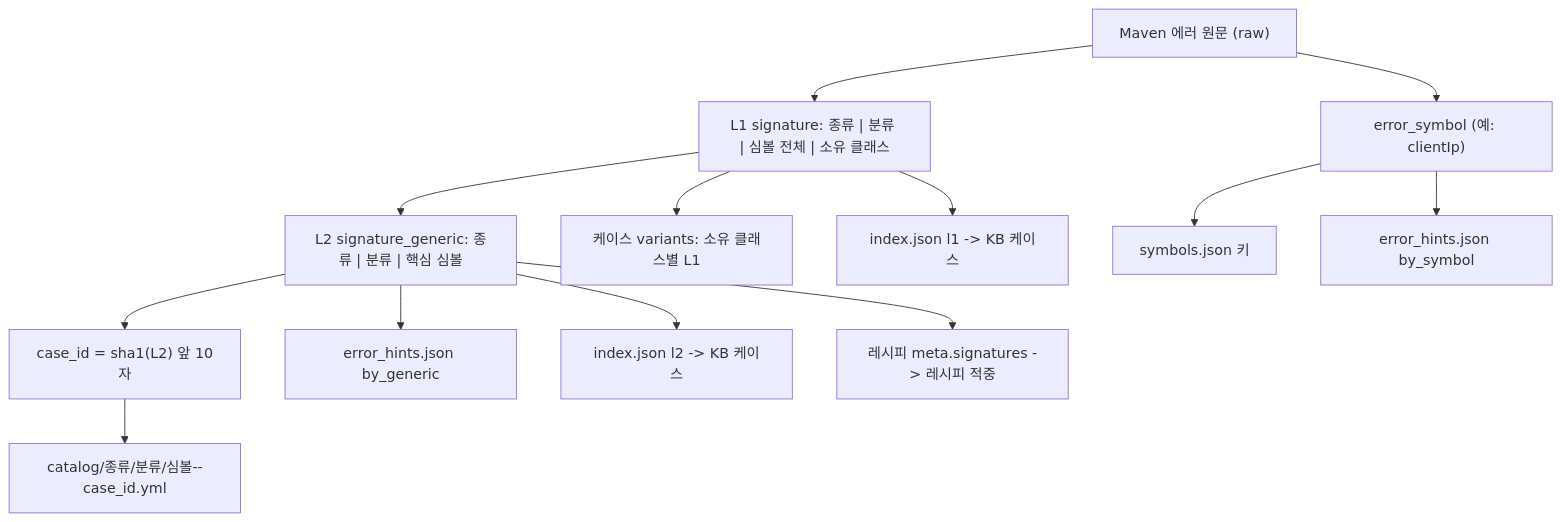
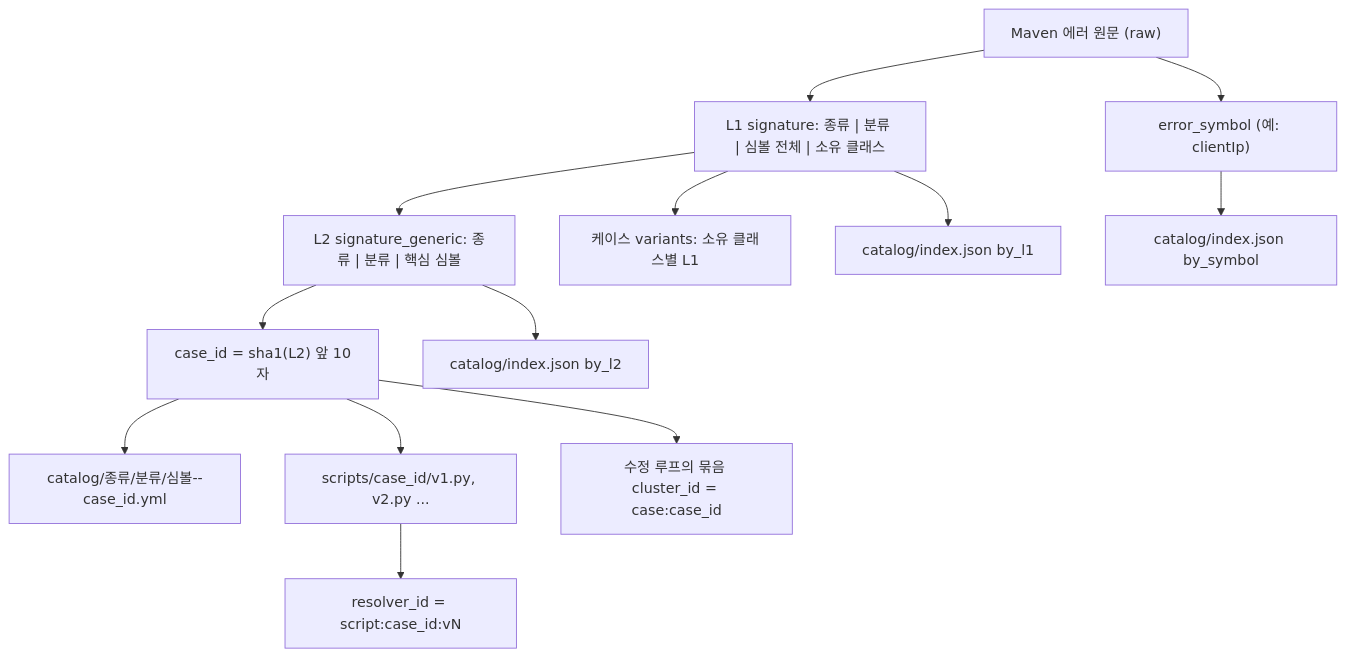
The fifth of 7 diagrams in docs/kb-map/kb-map.md (acandiatale/tutu), drawn with Mermaid before and after one commit. The commit also changed other lines of this file and 3 other files, not shown here.

````diff
--- a/docs/kb-map/kb-map.md
+++ b/docs/kb-map/kb-map.md
@@ -314,15 +362,15 @@
 ```mermaid
 flowchart TD
   RAW["Maven 에러 원문 (raw)"] --> L1["L1 signature: 종류 | 분류 | 심볼 전체 | 소유 클래스"]
   L1 --> L2["L2 signature_generic: 종류 | 분류 | 핵심 심볼"]
   L2 --> CID["case_id = sha1(L2) 앞 10자"]
   CID --> FILE["catalog/종류/분류/심볼--case_id.yml"]
+  CID --> SDIR["scripts/case_id/v1.py, v2.py ..."]
+  CID --> CL["수정 루프의 묶음 cluster_id = case:case_id"]
+  SDIR --> RES["resolver_id = script:case_id:vN"]
   L1 --> VAR["케이스 variants: 소유 클래스별 L1"]
+  L1 --> IDX1["catalog/index.json by_l1"]
+  L2 --> IDX2["catalog/index.json by_l2"]
   RAW --> SYM["error_symbol (예: clientIp)"]
-  SYM --> SIDX["symbols.json 키"]
-  SYM --> HS["error_hints.json by_symbol"]
-  L2 --> HG["error_hints.json by_generic"]
-  L1 --> IDX1["index.json l1 -> KB 케이스"]
-  L2 --> IDX2["index.json l2 -> KB 케이스"]
-  L2 --> RCP["레시피 meta.signatures -> 레시피 적중"]
+  SYM --> IDX3["catalog/index.json by_symbol"]
 ```
````
